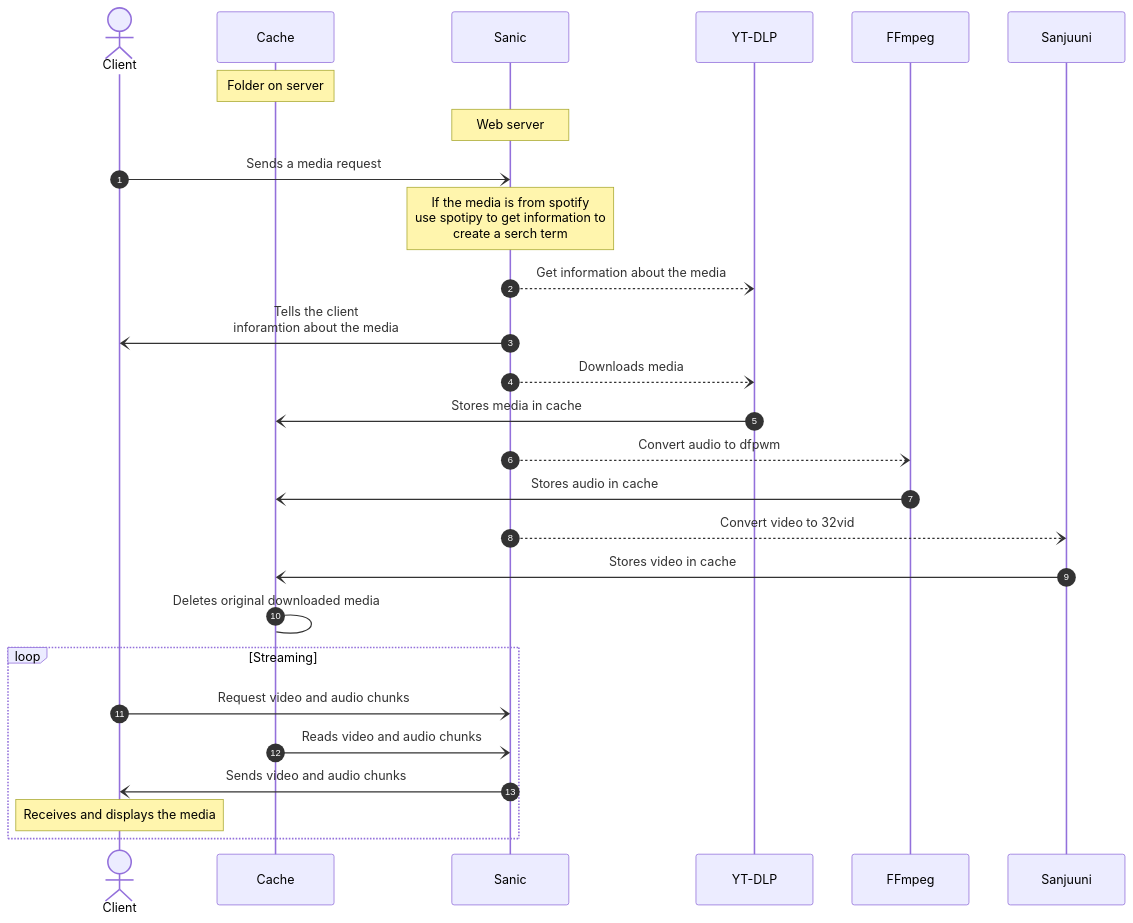
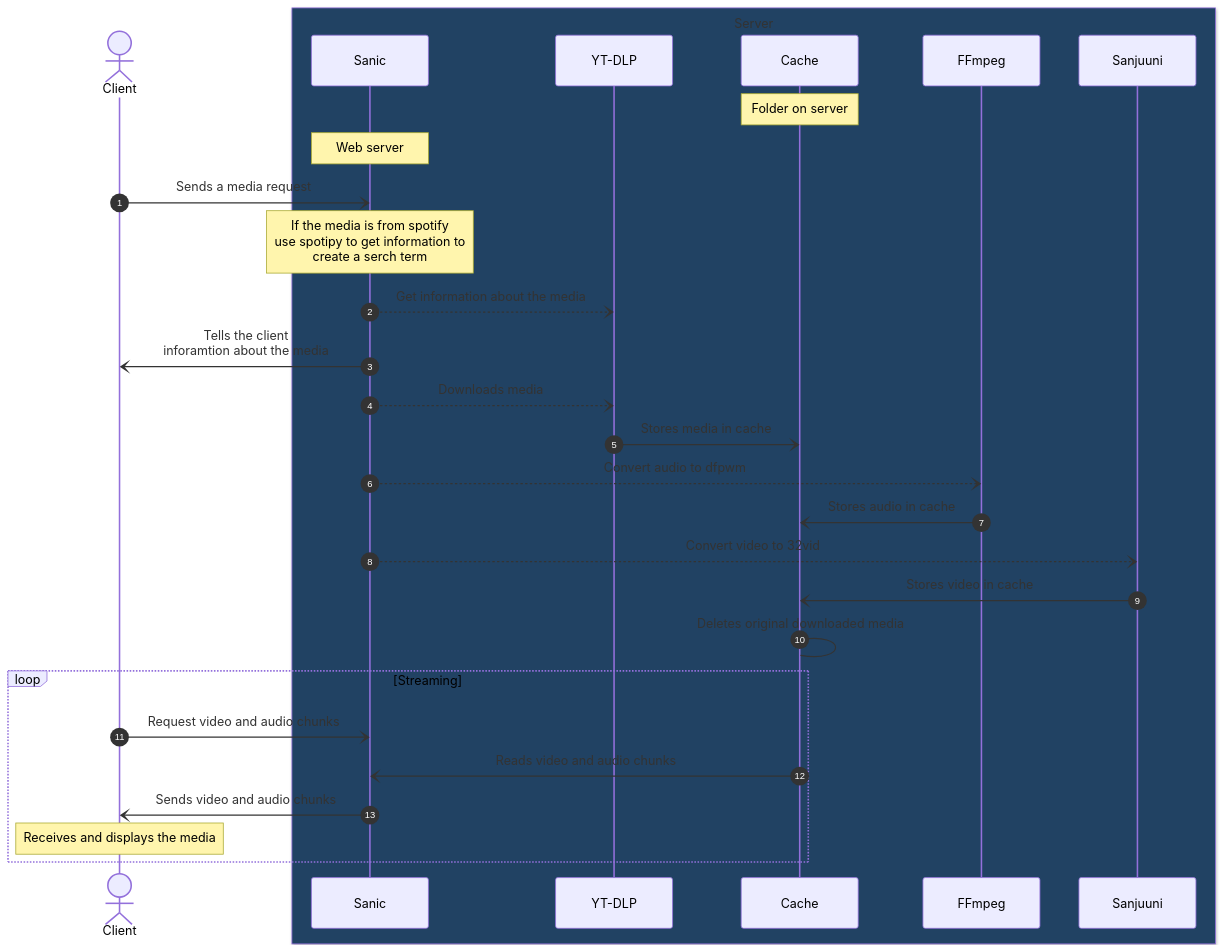
The diagram in docs/index.md (CC-YouCube/cc-youcube.github.io), drawn with Mermaid before and after one commit.

````diff
--- a/docs/index.md
+++ b/docs/index.md
@@ -30,24 +17,31 @@
 ```mermaid
 sequenceDiagram
     autonumber
     actor Client
+    box rgb(33,66,99) Server
+        participant Sanic
+        participant YT-DLP
+        participant Cache
+        participant FFmpeg
+        participant Sanjuuni
+    end
     Note over Cache: Folder on server
     Note over Sanic: Web server
     Client-)Sanic: Sends a media request
     Note over Sanic: If the media is from spotify<br/>use spotipy to get information to<br/>create a serch term
     Sanic--)YT-DLP: Get information about the media
     Sanic-)Client: Tells the client<br/>inforamtion about the media
     Sanic--)YT-DLP: Downloads media
     YT-DLP-)Cache: Stores media in cache
     Sanic--)FFmpeg: Convert audio to dfpwm
     FFmpeg-)Cache: Stores audio in cache
     Sanic--)Sanjuuni: Convert video to 32vid
     Sanjuuni-)Cache: Stores video in cache
     Cache->Cache: Deletes original downloaded media
     loop Streaming
         Client-)Sanic: Request video and audio chunks
         Cache-)Sanic: Reads video and audio chunks
         Sanic-)Client: Sends video and audio chunks
         Note over Client: Receives and displays the media
     end
 ```
````
